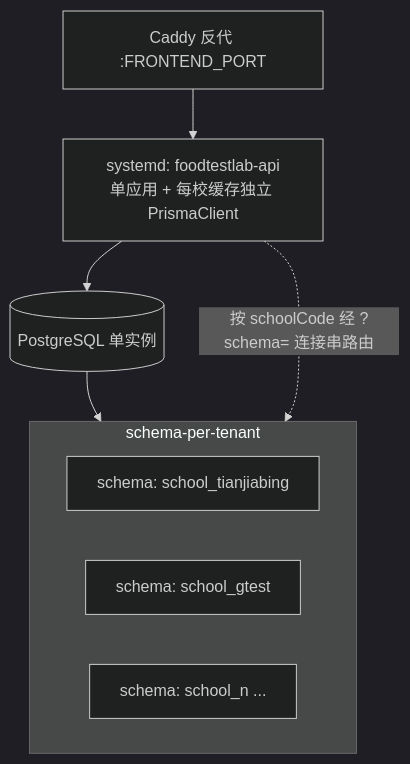
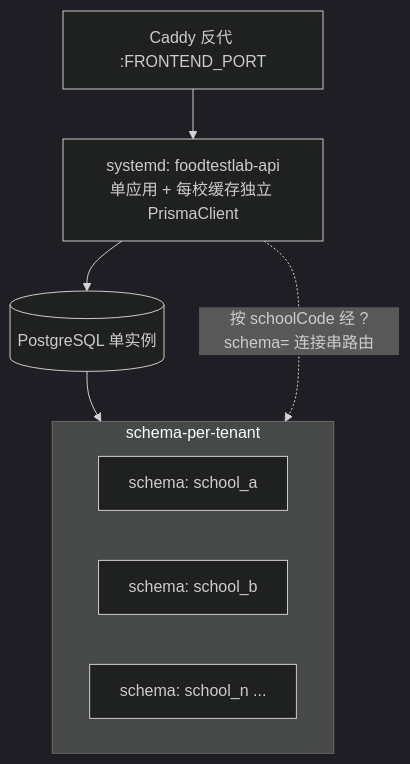
Before and after one commit to ArthurUker/Tianjiabing_foodtestlab: the third of 5 diagrams in README.md, drawn with Mermaid (dark theme). The commit also changed other lines of this file, not shown here.

````diff
--- a/README.md
+++ b/README.md
@@ -117,14 +127,14 @@
 ```mermaid
 flowchart TB
     Caddy[Caddy 反代 :FRONTEND_PORT]
     API[systemd: foodtestlab-api<br/>单应用 + 每校缓存独立 PrismaClient]
     PG[(PostgreSQL 单实例)]
     subgraph Schemas[schema-per-tenant]
-        S1[schema: school_tianjiabing]
-        S2[schema: school_gtest]
+        S1[schema: school_a]
+        S2[schema: school_b]
         Sn[schema: school_n ...]
     end
     Caddy --> API --> PG
     PG --> Schemas
     API -.按 schoolCode 经 ?schema= 连接串路由.-> Schemas
 ```
````
